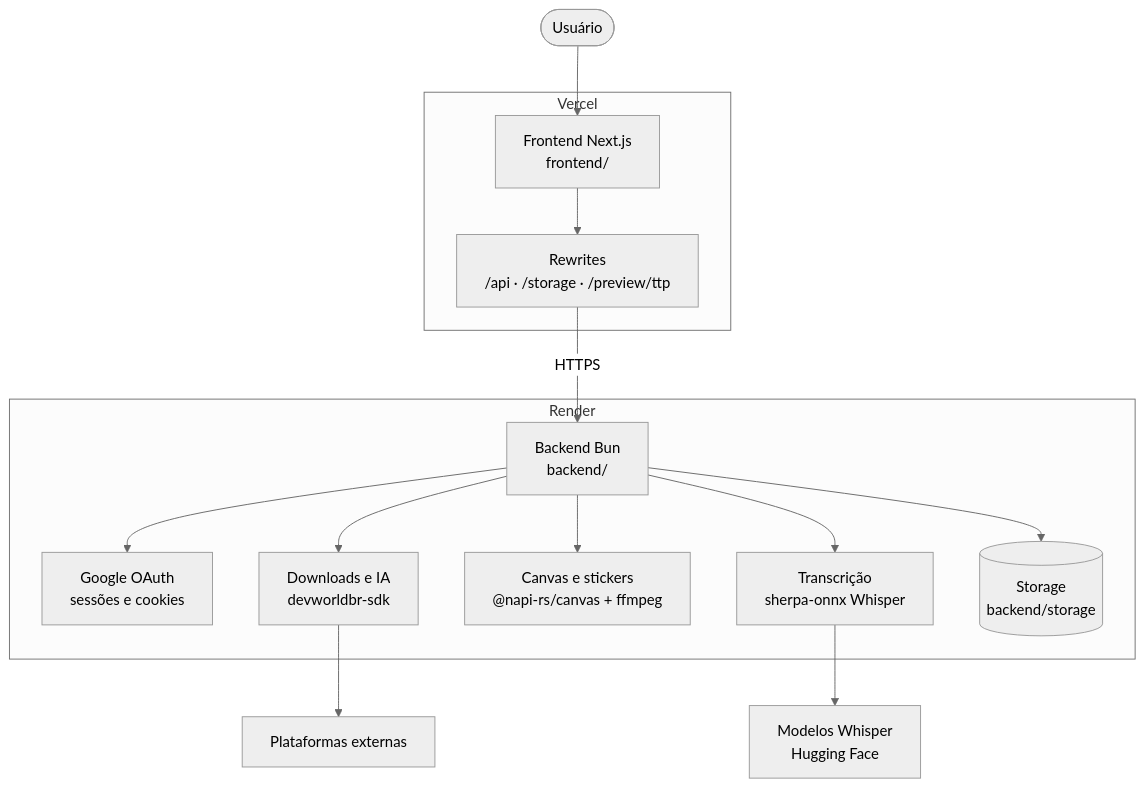
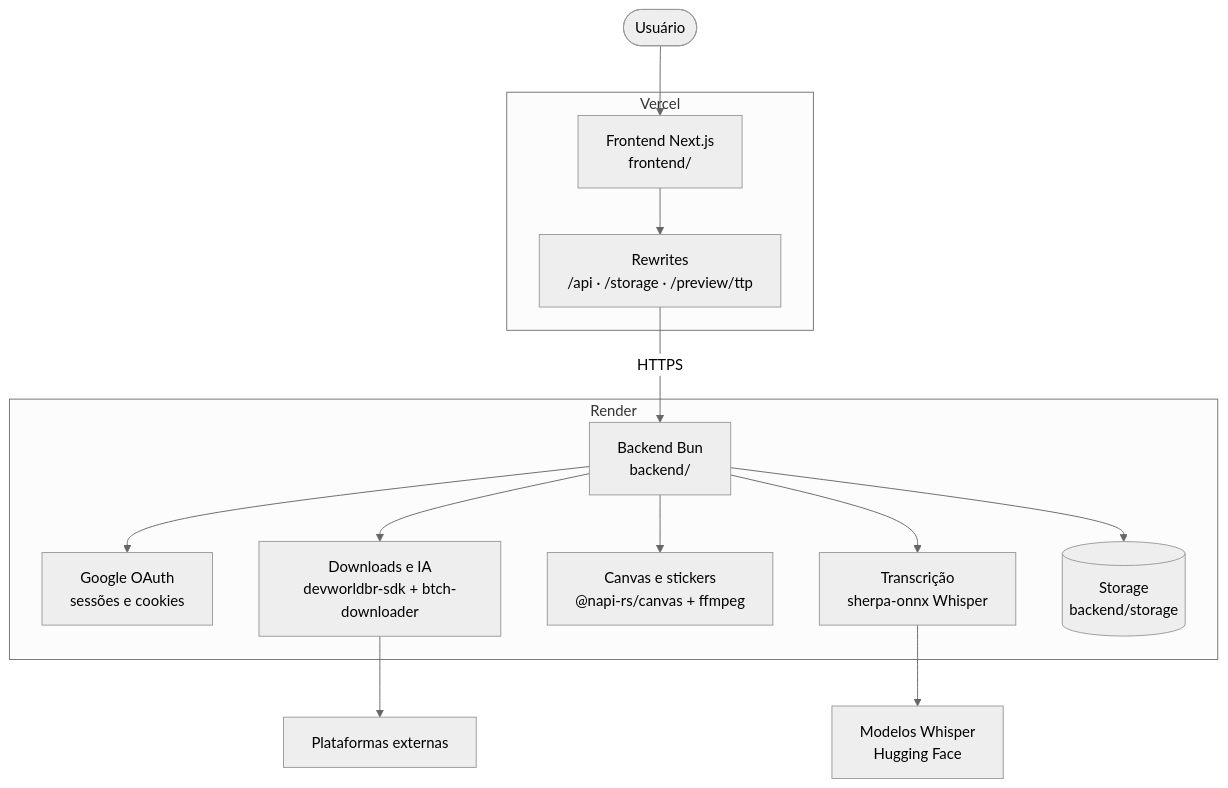
One commit to TheKingDevs/orbit-api changed the diagram in README.md. Above: the diagram before and after it, drawn with Mermaid (neutral theme). The commit also changed other lines of this file and 21 other files, not shown here.

````diff
--- a/README.md
+++ b/README.md
@@ -38,28 +38,28 @@
 ```mermaid
 flowchart TB
     USER([Usuário]) --> FE
 
     subgraph VERCEL["Vercel"]
         FE["Frontend Next.js<br/>frontend/"]
         RW["Rewrites<br/>/api · /storage · /preview/ttp"]
         FE --> RW
     end
 
     subgraph RENDER["Render"]
         BE["Backend Bun<br/>backend/"]
         AUTH["Google OAuth<br/>sessões e cookies"]
-        DL["Downloads e IA<br/>devworldbr-sdk"]
+        DL["Downloads e IA<br/>devworldbr-sdk + btch-downloader"]
         ART["Canvas e stickers<br/>@napi-rs/canvas + ffmpeg"]
         TR["Transcrição<br/>sherpa-onnx Whisper"]
         ST[("Storage<br/>backend/storage")]
         BE --> AUTH
         BE --> DL
         BE --> ART
         BE --> TR
         BE --> ST
     end
 
     RW -->|HTTPS| BE
     DL --> EXT["Plataformas externas"]
     TR --> HF["Modelos Whisper<br/>Hugging Face"]
 ```
````
